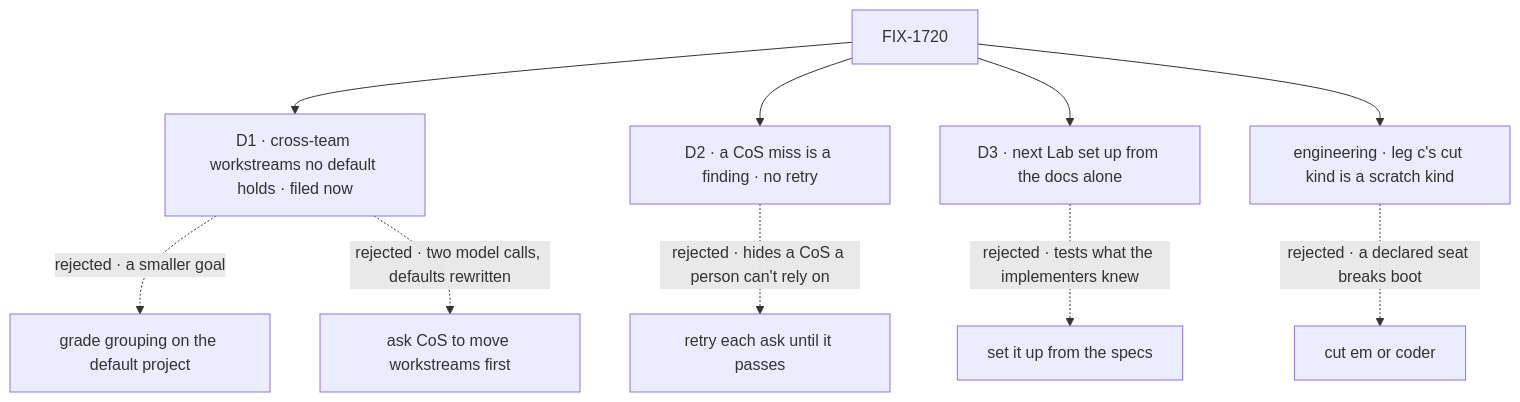
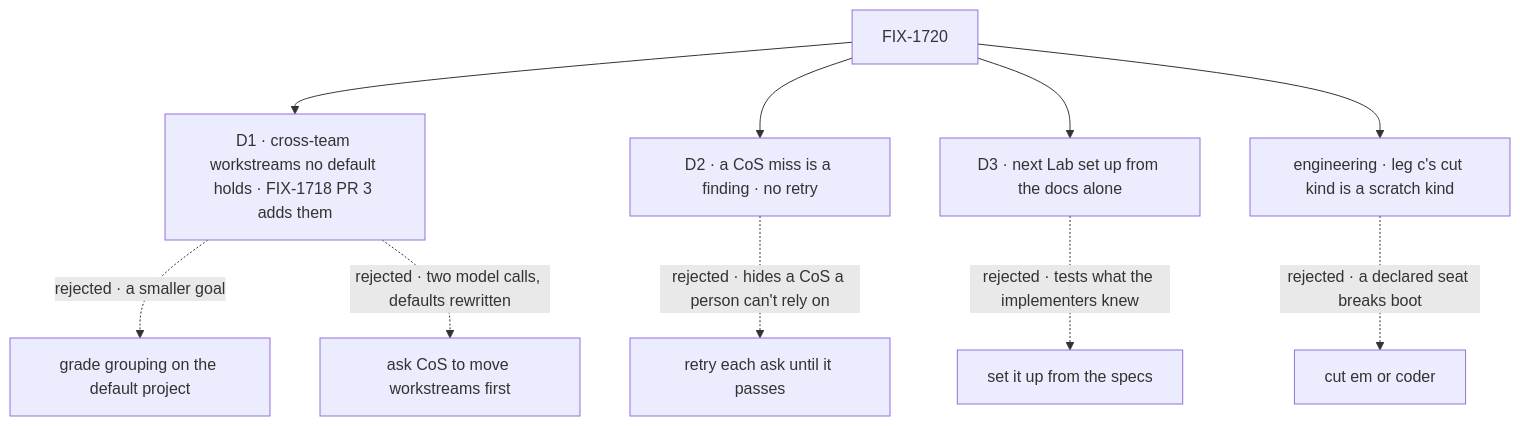
Before and after one commit to fixpoint-labs/flow-state-dev: the diagram in specs/issues/FIX-1720/DECISIONS.md, drawn with Mermaid. The commit also changed other lines of this file and 4 other files, not shown here.

````diff
--- a/specs/issues/FIX-1720/DECISIONS.md
+++ b/specs/issues/FIX-1720/DECISIONS.md
@@ -13,12 +13,12 @@
 ```mermaid
 flowchart TD
-  I["FIX-1720"] --> D1["D1 · cross-team workstreams no default holds · filed now"]
+  I["FIX-1720"] --> D1["D1 · cross-team workstreams no default holds · FIX-1718 PR 3 adds them"]
   D1 -.->|"rejected · a smaller goal"| X1a["grade grouping on the default project"]
   D1 -.->|"rejected · two model calls, defaults rewritten"| X1b["ask CoS to move workstreams first"]
   I --> D2["D2 · a CoS miss is a finding · no retry"]
   D2 -.->|"rejected · hides a CoS a person can't rely on"| X2["retry each ask until it passes"]
   I --> D3["D3 · next Lab set up from the docs alone"]
   D3 -.->|"rejected · tests what the implementers knew"| X3["set it up from the specs"]
   I --> E1["engineering · leg c's cut kind is a scratch kind"]
   E1 -.->|"rejected · a declared seat breaks boot"| X4["cut em or coder"]
 ```
````
